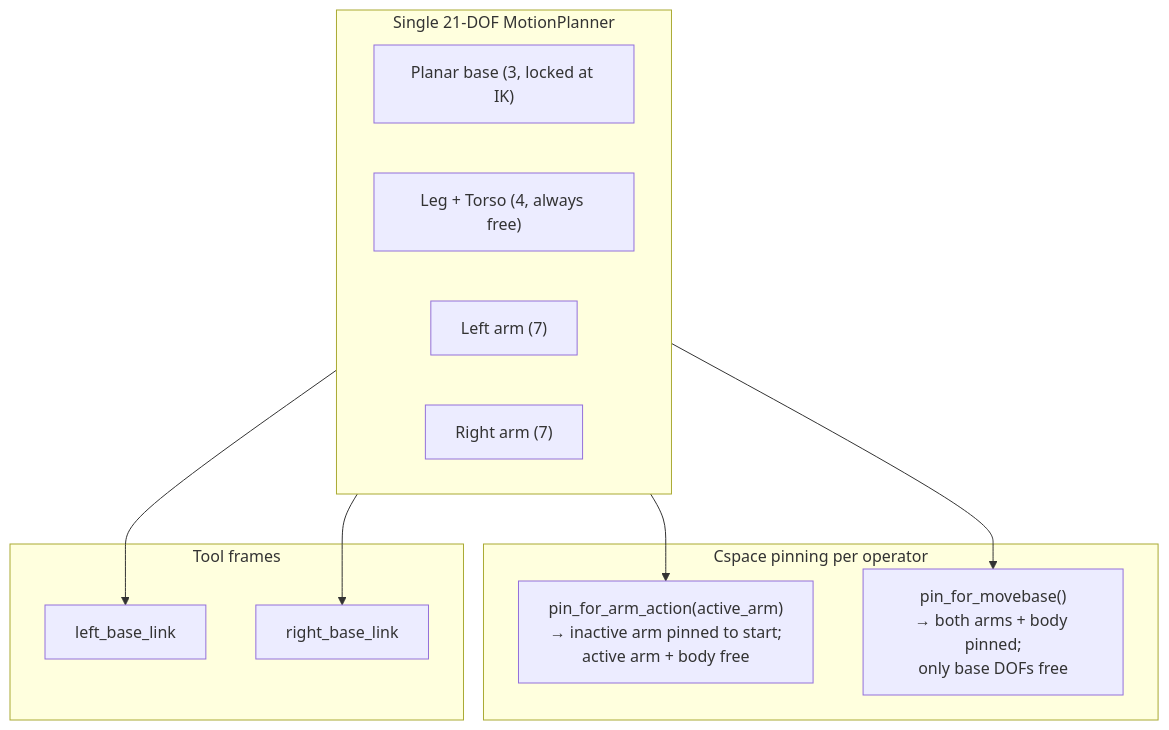
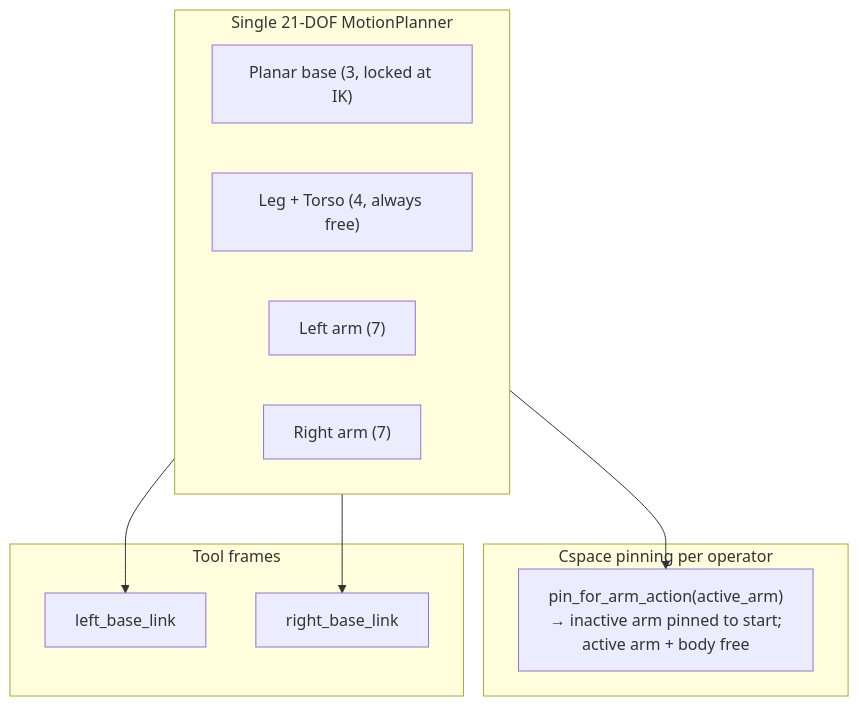
The second of 2 diagrams in README.md (helpYoon/cuTAMP), drawn with Mermaid before and after one commit. The commit also changed other lines of this file and 41 other files, not shown here.

````diff
--- a/README.md
+++ b/README.md
@@ -77,24 +76,22 @@
 ```mermaid
 graph TD
     subgraph Planner [Single 21-DOF MotionPlanner]
         Base["Planar base (3, locked at IK)"]
         Body["Leg + Torso (4, always free)"]
         L["Left arm (7)"]
         R["Right arm (7)"]
     end
 
     subgraph Pinning [Cspace pinning per operator]
         ArmOp["pin_for_arm_action(active_arm)<br/>→ inactive arm pinned to start;<br/>active arm + body free"]
-        Nav["pin_for_movebase()<br/>→ both arms + body pinned;<br/>only base DOFs free"]
     end
 
     subgraph Tools [Tool frames]
         LT["left_base_link"]
         RT["right_base_link"]
     end
 
     Planner --> ArmOp
-    Planner --> Nav
     Planner --> LT
     Planner --> RT
 ```
````
